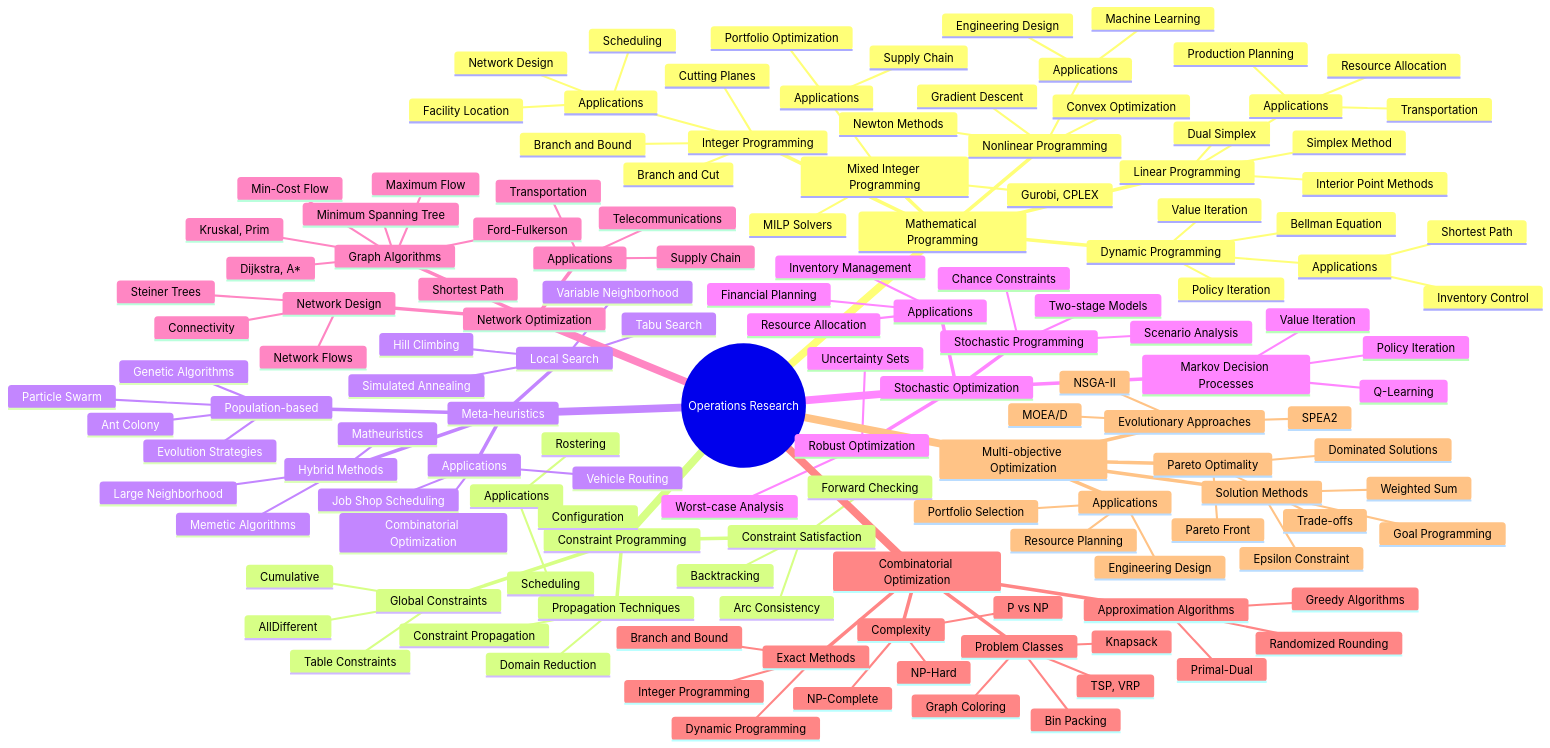
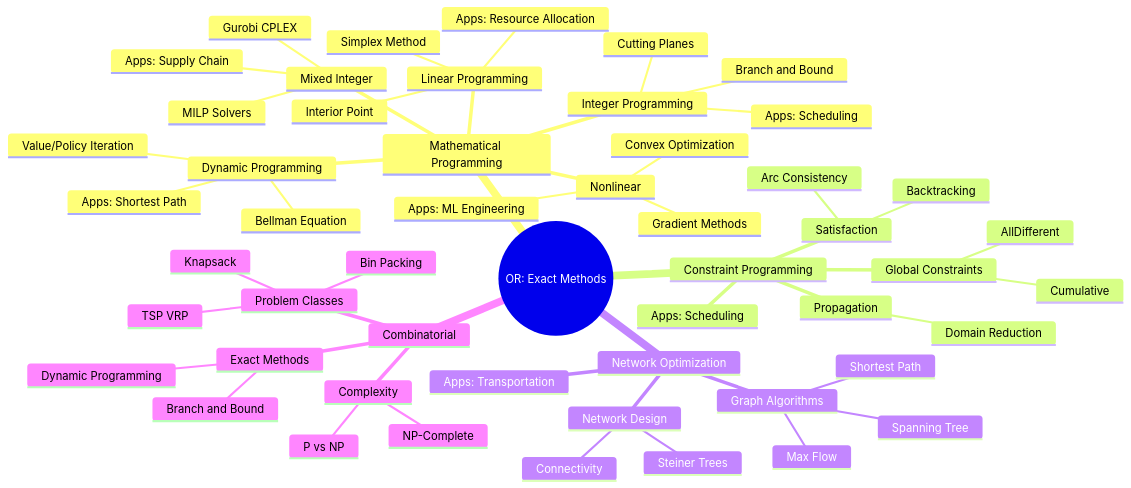
The first of 3 diagrams in symbolic-ai/README.md (boumpteryx/AlgorithmsKnowledge), drawn with Mermaid before and after one commit.

Commit message:
add stuff

````diff
--- a/symbolic-ai/README.md
+++ b/symbolic-ai/README.md
@@ -71,144 +73,55 @@
 ```mermaid
 mindmap
-  root((Operations Research))
+  root((OR: Exact Methods))
     Mathematical Programming
       Linear Programming
         Simplex Method
-        Interior Point Methods
-        Dual Simplex
-        Applications
-          Resource Allocation
-          Production Planning
-          Transportation
+        Interior Point
+        Apps: Resource Allocation
       Integer Programming
         Branch and Bound
         Cutting Planes
-        Branch and Cut
-        Applications
-          Scheduling
-          Facility Location
-          Network Design
-      Mixed Integer Programming
+        Apps: Scheduling
+      Mixed Integer
         MILP Solvers
-        Gurobi, CPLEX
-        Applications
-          Supply Chain
-          Portfolio Optimization
-      Nonlinear Programming
+        Gurobi CPLEX
+        Apps: Supply Chain
+      Nonlinear
         Convex Optimization
-        Gradient Descent
-        Newton Methods
-        Applications
-          Machine Learning
-          Engineering Design
+        Gradient Methods
+        Apps: ML Engineering
       Dynamic Programming
         Bellman Equation
-        Value Iteration
-        Policy Iteration
-        Applications
-          Shortest Path
-          Inventory Control
+        Value/Policy Iteration
+        Apps: Shortest Path
     Constraint Programming
-      Constraint Satisfaction
+      Satisfaction
         Arc Consistency
         Backtracking
-        Forward Checking
       Global Constraints
         AllDifferent
         Cumulative
-        Table Constraints
-      Propagation Techniques
+      Propagation
         Domain Reduction
-        Constraint Propagation
-      Applications
-        Scheduling
-        Rostering
-        Configuration
-    Meta-heuristics
-      Local Search
-        Hill Climbing
-        Simulated Annealing
-        Tabu Search
-        Variable Neighborhood
-      Population-based
-        Genetic Algorithms
-        Evolution Strategies
-        Particle Swarm
-        Ant Colony
-      Hybrid Methods
-        Memetic Algorithms
-        Matheuristics
-        Large Neighborhood
-      Applications
-        Vehicle Routing
-        Job Shop Scheduling
-        Combinatorial Optimization
-    Stochastic Optimization
-      Stochastic Programming
-        Two-stage Models
-        Chance Constraints
-        Scenario Analysis
-      Robust Optimization
-        Worst-case Analysis
-        Uncertainty Sets
-      Markov Decision Processes
-        Value Iteration
-        Policy Iteration
-        Q-Learning
-      Applications
-        Inventory Management
-        Financial Planning
-        Resource Allocation
+      Apps: Scheduling
     Network Optimization
       Graph Algorithms
         Shortest Path
-        Dijkstra, A*
-        Minimum Spanning Tree
-        Kruskal, Prim
-        Maximum Flow
-        Ford-Fulkerson
-        Min-Cost Flow
+        Spanning Tree
+        Max Flow
       Network Design
         Steiner Trees
-        Network Flows
         Connectivity
-      Applications
-        Transportation
-        Telecommunications
-        Supply Chain
-    Combinatorial Optimization
+      Apps: Transportation
+    Combinatorial
       Exact Methods
         Branch and Bound
         Dynamic Programming
-        Integer Programming
-      Approximation Algorithms
-        Greedy Algorithms
-        Primal-Dual
-        Randomized Rounding
       Problem Classes
-        TSP, VRP
+        TSP VRP
         Knapsack
         Bin Packing
-        Graph Coloring
       Complexity
         P vs NP
         NP-Complete
-        NP-Hard
-    Multi-objective Optimization
-      Pareto Optimality
-        Pareto Front
-        Dominated Solutions
-        Trade-offs
-      Solution Methods
-        Weighted Sum
-        Epsilon Constraint
-        Goal Programming
-      Evolutionary Approaches
-        NSGA-II
-        MOEA/D
-        SPEA2
-      Applications
-        Engineering Design
-        Portfolio Selection
-        Resource Planning
 ```
````
